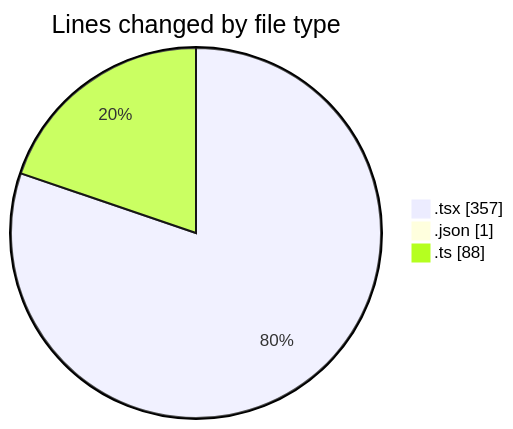
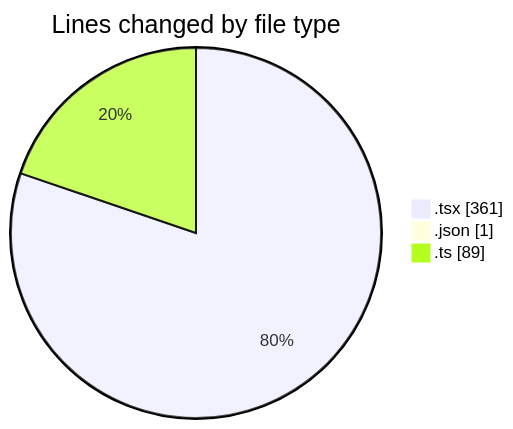
One commit to robertbonfada/code-tracking changed the first of 2 diagrams in 2025-01-21/mbc-web/README.md. Above: the diagram before and after it, drawn with Mermaid. The commit also changed other lines of this file and 1 other file, not shown here.

````diff
--- a/2025-01-21/mbc-web/README.md
+++ b/2025-01-21/mbc-web/README.md
@@ -32,7 +33,7 @@
 ```mermaid
 pie showData
 title Lines changed by file type
-".tsx" : 357
+".tsx" : 361
 ".json" : 1
-".ts" : 88
+".ts" : 89
 ```
````
